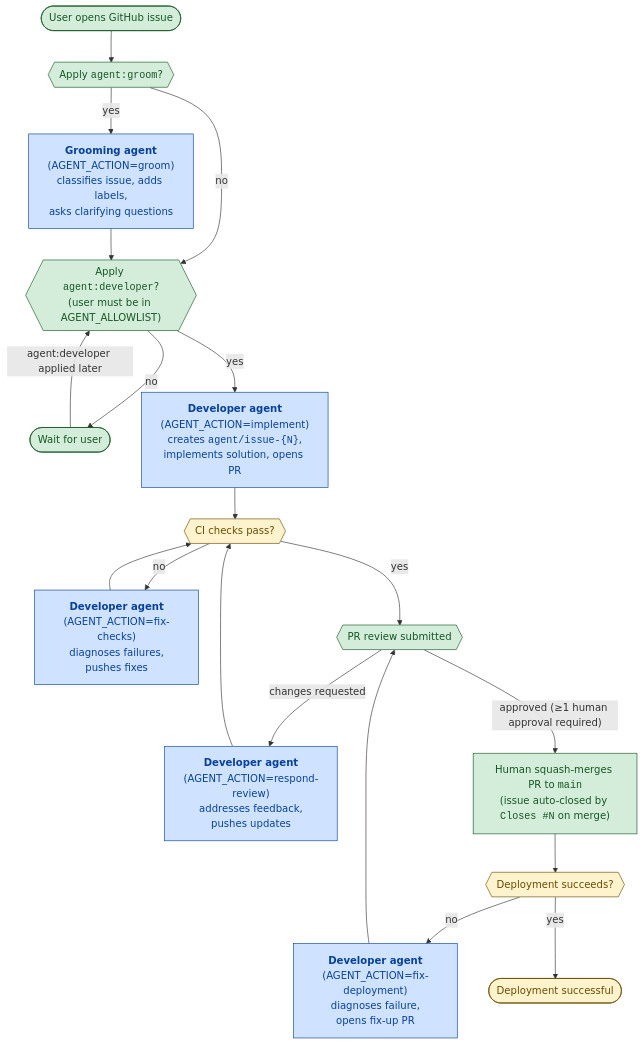
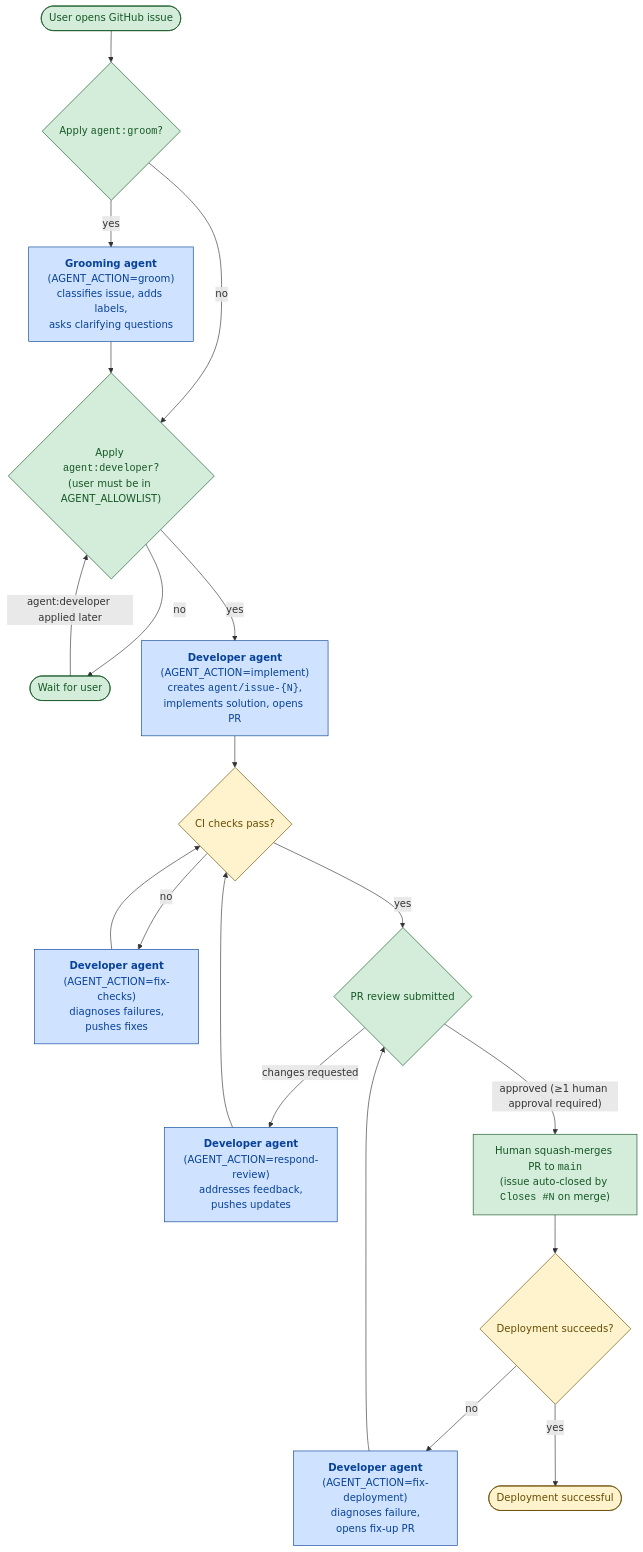
The diagram in README.md (mfrancza/agentic-development-workflow), drawn with Mermaid before and after one commit.

Commit message:
Fix Mermaid decision nodes: use { } diamond shape instead of {{ }} hexagon
All five decision/branching nodes in the SDLC diagram were using {{ }}
which renders as a hexagon (subroutine) shape in Mermaid. Changed to { }
which renders as a rhombus/diamond — the conventional shape for decision
gates with yes/no branches.

````diff
--- a/README.md
+++ b/README.md
@@ -26,32 +26,32 @@
 ```mermaid
 flowchart TD
-    Start([User opens GitHub issue]):::human --> GroomLabel{{"Apply <code>agent:groom</code>?"}}:::human
+    Start([User opens GitHub issue]):::human --> GroomLabel{"Apply <code>agent:groom</code>?"}:::human
 
     GroomLabel -- "yes" --> Groom["<b>Grooming agent</b><br/>(AGENT_ACTION=groom)<br/>classifies issue, adds labels,<br/>asks clarifying questions"]:::agent
     GroomLabel -- "no" --> DevLabel
-    Groom --> DevLabel{{"Apply <code>agent:developer</code>?<br/>(user must be in AGENT_ALLOWLIST)"}}:::human
+    Groom --> DevLabel{"Apply <code>agent:developer</code>?<br/>(user must be in AGENT_ALLOWLIST)"}:::human
 
     DevLabel -- "no" --> Wait([Wait for user]):::human
     Wait -- "agent:developer applied later" --> DevLabel
     DevLabel -- "yes" --> Implement["<b>Developer agent</b><br/>(AGENT_ACTION=implement)<br/>creates <code>agent/issue-{N}</code>,<br/>implements solution, opens PR"]:::agent
 
-    Implement --> CI{{"CI checks pass?"}}:::system
+    Implement --> CI{"CI checks pass?"}:::system
     CI -- "no" --> FixChecks["<b>Developer agent</b><br/>(AGENT_ACTION=fix-checks)<br/>diagnoses failures,<br/>pushes fixes"]:::agent
     FixChecks --> CI
 
-    CI -- "yes" --> Review{{"PR review submitted"}}:::human
+    CI -- "yes" --> Review{"PR review submitted"}:::human
     Review -- "changes requested" --> Respond["<b>Developer agent</b><br/>(AGENT_ACTION=respond-review)<br/>addresses feedback,<br/>pushes updates"]:::agent
     Respond --> CI
 
     Review -- "approved (≥1 human approval required)" --> Merge["Human squash-merges PR to <code>main</code><br/>(issue auto-closed by <code>Closes #N</code> on merge)"]:::human
-    Merge --> Deploy{{"Deployment succeeds?"}}:::system
+    Merge --> Deploy{"Deployment succeeds?"}:::system
 
     Deploy -- "no" --> FixDeploy["<b>Developer agent</b><br/>(AGENT_ACTION=fix-deployment)<br/>diagnoses failure,<br/>opens fix-up PR"]:::agent
     FixDeploy --> Review
 
     Deploy -- "yes" --> Done([Deployment successful]):::system
 
     classDef human fill:#d4edda,stroke:#155724,color:#155724
     classDef agent fill:#cfe2ff,stroke:#084298,color:#084298
     classDef system fill:#fff3cd,stroke:#664d03,color:#664d03
 ```
````
